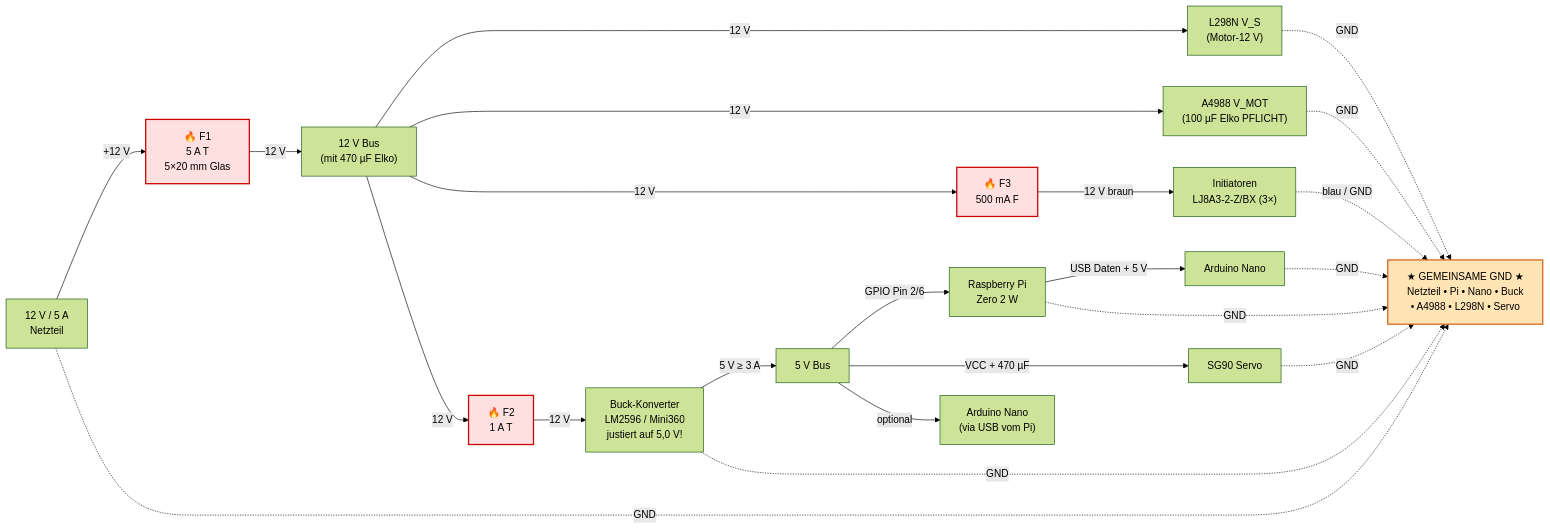
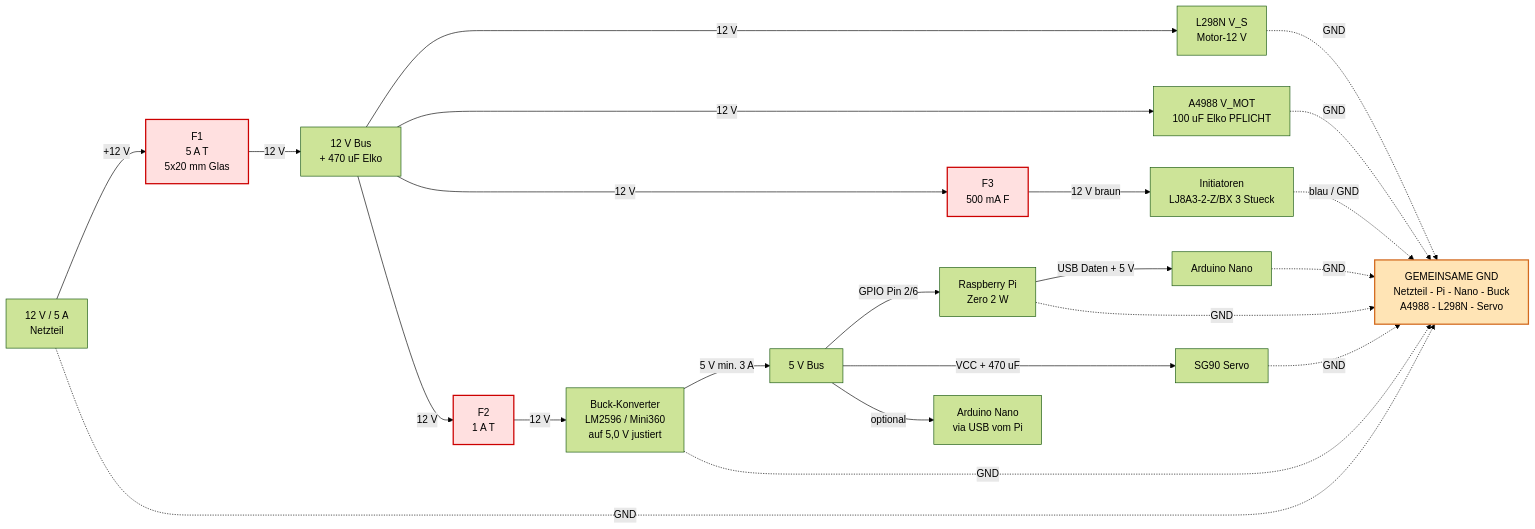
One commit to JohnsonRepo/stopf changed the first of 3 diagrams in docs/wiring.md. Above: the diagram before and after it, drawn with Mermaid (forest theme). The commit also changed other lines of this file, not shown here.

First line of the commit message:
fix(docs): Mermaid-Diagramme GitHub-kompatibel machen

````diff
--- a/docs/wiring.md
+++ b/docs/wiring.md
@@ -13,33 +13,33 @@
 ```mermaid
 flowchart LR
-    PSU["12 V / 5 A<br/>Netzteil"] -->|+12 V| F1["🔥 F1<br/>5 A T<br/>5×20 mm Glas"]
-    F1 -->|12 V| BUS12["12 V Bus<br/>(mit 470 µF Elko)"]
-    BUS12 -->|12 V| L298N_VS["L298N V_S<br/>(Motor-12 V)"]
-    BUS12 -->|12 V| A4988_VMOT["A4988 V_MOT<br/>(100 µF Elko PFLICHT)"]
-    BUS12 -->|12 V| F3["🔥 F3<br/>500 mA F"]
-    F3 -->|12 V braun| INIT["Initiatoren<br/>LJ8A3-2-Z/BX (3×)"]
-    BUS12 -->|12 V| F2["🔥 F2<br/>1 A T"]
-    F2 -->|12 V| BUCK["Buck-Konverter<br/>LM2596 / Mini360<br/>justiert auf 5,0 V!"]
+    PSU["12 V / 5 A<br/>Netzteil"] -->|+12 V| F1["F1<br/>5 A T<br/>5x20 mm Glas"]
+    F1 -->|12 V| BUS12["12 V Bus<br/>+ 470 uF Elko"]
+    BUS12 -->|12 V| L298N_VS["L298N V_S<br/>Motor-12 V"]
+    BUS12 -->|12 V| A4988_VMOT["A4988 V_MOT<br/>100 uF Elko PFLICHT"]
+    BUS12 -->|12 V| F3["F3<br/>500 mA F"]
+    F3 -->|12 V braun| INIT["Initiatoren<br/>LJ8A3-2-Z/BX 3 Stueck"]
+    BUS12 -->|12 V| F2["F2<br/>1 A T"]
+    F2 -->|12 V| BUCK["Buck-Konverter<br/>LM2596 / Mini360<br/>auf 5,0 V justiert"]
 
-    BUCK -->|5 V ≥ 3 A| BUS5["5 V Bus"]
+    BUCK -->|5 V min. 3 A| BUS5["5 V Bus"]
     BUS5 -->|GPIO Pin 2/6| PI["Raspberry Pi<br/>Zero 2 W"]
-    BUS5 -->|VCC + 470 µF| SERVO["SG90 Servo"]
-    BUS5 -->|optional| NANO_5V["Arduino Nano<br/>(via USB vom Pi)"]
+    BUS5 -->|VCC + 470 uF| SERVO["SG90 Servo"]
+    BUS5 -->|optional| NANO_5V["Arduino Nano<br/>via USB vom Pi"]
 
     PI -->|USB Daten + 5 V| NANO["Arduino Nano"]
 
-    GND_BUS["★ GEMEINSAME GND ★<br/>Netzteil • Pi • Nano • Buck<br/>• A4988 • L298N • Servo"]
+    GND_BUS["GEMEINSAME GND<br/>Netzteil - Pi - Nano - Buck<br/>A4988 - L298N - Servo"]
     PSU -.->|GND| GND_BUS
     BUCK -.->|GND| GND_BUS
     NANO -.->|GND| GND_BUS
     PI -.->|GND| GND_BUS
     L298N_VS -.->|GND| GND_BUS
     A4988_VMOT -.->|GND| GND_BUS
     SERVO -.->|GND| GND_BUS
     INIT -.->|blau / GND| GND_BUS
 
     classDef warn fill:#ffe4b5,stroke:#d2691e,stroke-width:2px;
     classDef fuse fill:#ffe0e0,stroke:#cc0000,stroke-width:2px;
     class GND_BUS warn;
     class F1,F2,F3 fuse;
 ```
````
